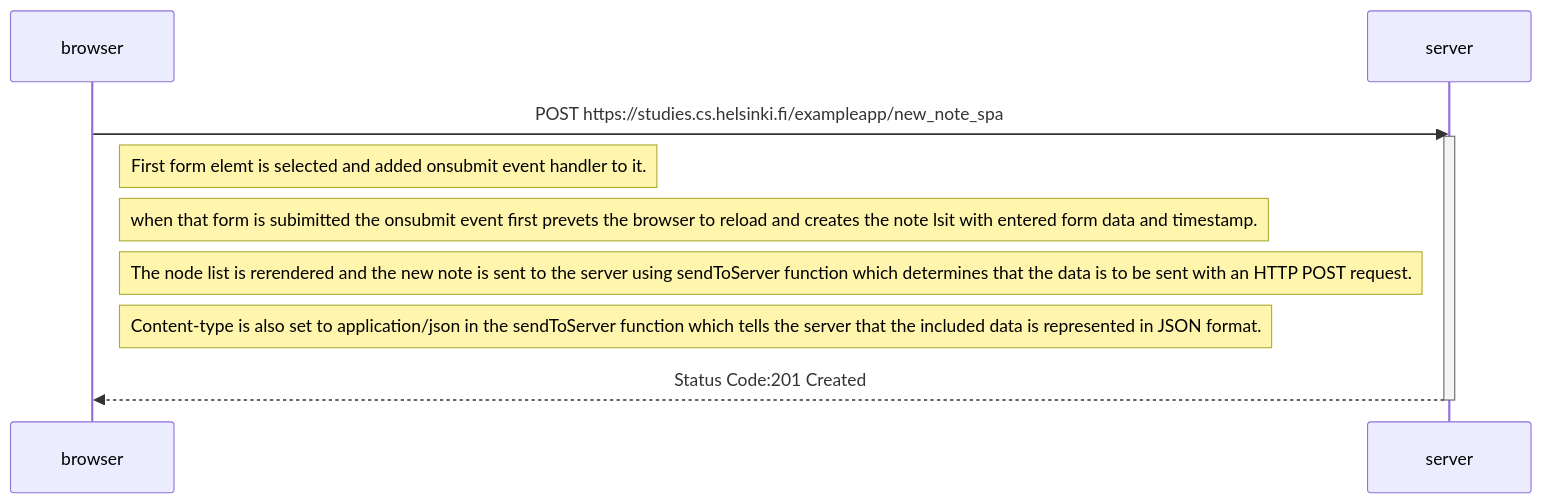
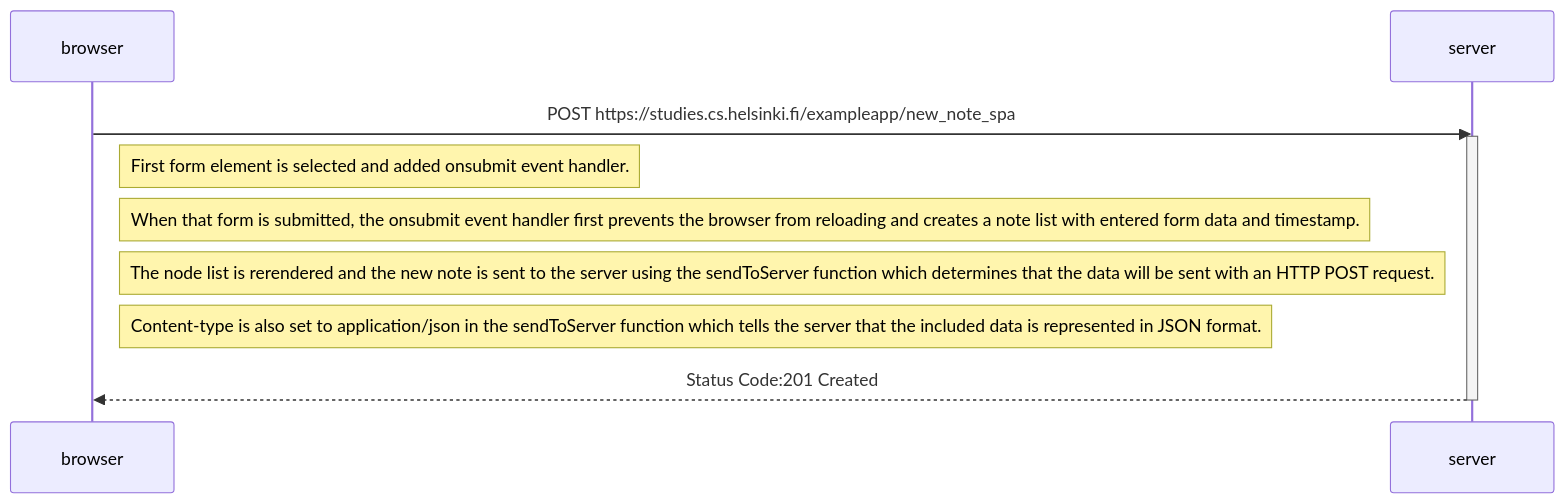
Before and after one commit to stha-sulav/Exercises: the diagram in part0/New note in Single page app diagram.md, drawn with Mermaid.

Commit message:
Update New note in Single page app diagram.md

````diff
--- a/part0/New note in Single page app diagram.md
+++ b/part0/New note in Single page app diagram.md
@@ -1,18 +1,18 @@
 ```mermaid
 sequenceDiagram
     participant browser
     participant server
 
     browser->>server: POST https://studies.cs.helsinki.fi/exampleapp/new_note_spa
     activate server
-    Note right of browser: First form elemt is selected and added onsubmit event handler to it.
-    Note right of browser: when that form is subimitted the onsubmit event first prevets the browser to reload and creates the note lsit with entered form data and timestamp.
-    Note right of browser: The node list is rerendered and the new note is sent to the server using sendToServer function which determines that the data is to be sent with an HTTP POST request.
+    Note right of browser: First form element is selected and added onsubmit event handler.
+    Note right of browser: When that form is submitted, the onsubmit event handler first prevents the browser from reloading and creates a note list with entered form data and timestamp.
+    Note right of browser: The node list is rerendered and the new note is sent to the server using the sendToServer function which determines that the data will be sent with an HTTP POST request.
     Note right of browser: Content-type is also set to application/json in the sendToServer function which tells the server that the included data is represented in JSON format.
 
     server-->>browser: Status Code:201 Created
     deactivate server
 
 
 
 ```
````
